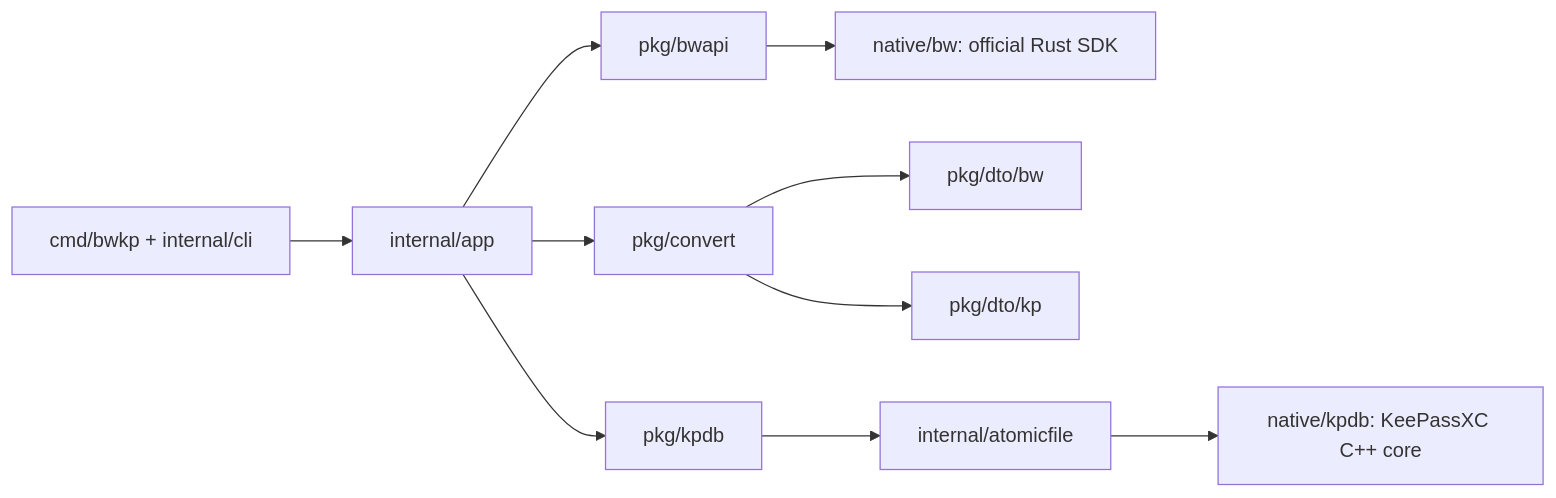
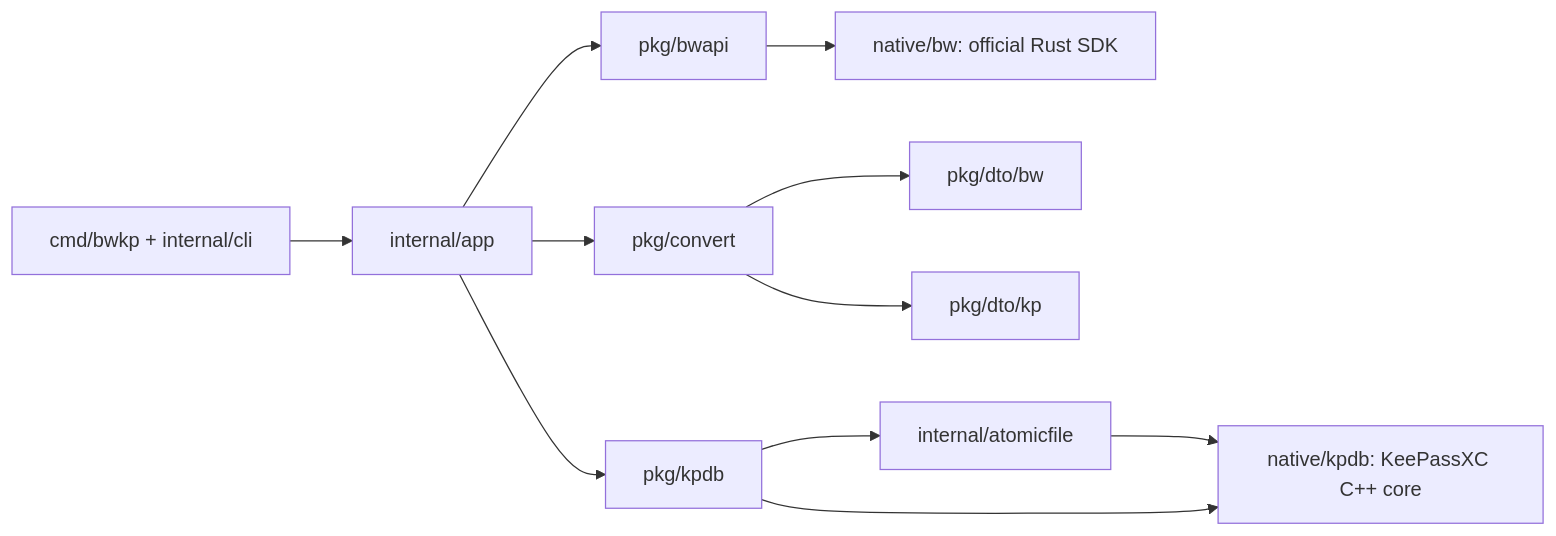
The first of 2 diagrams in docs/tech/architecture.md (Neur0toxine/bwkp), drawn with Mermaid before and after one commit. The commit also changed other lines of this file and 33 other files, not shown here.

````diff
--- a/docs/tech/architecture.md
+++ b/docs/tech/architecture.md
@@ -7,12 +7,13 @@
 ```mermaid
 flowchart LR
     CLI[cmd/bwkp + internal/cli] --> APP[internal/app]
     APP --> API[pkg/bwapi]
     API --> BW[native/bw: official Rust SDK]
     APP --> CVT[pkg/convert]
     CVT --> BDTO[pkg/dto/bw]
     CVT --> KDTO[pkg/dto/kp]
     APP --> DB[pkg/kpdb]
     DB --> AF[internal/atomicfile]
     AF --> KP[native/kpdb: KeePassXC C++ core]
+    DB --> KP
 ```
````
